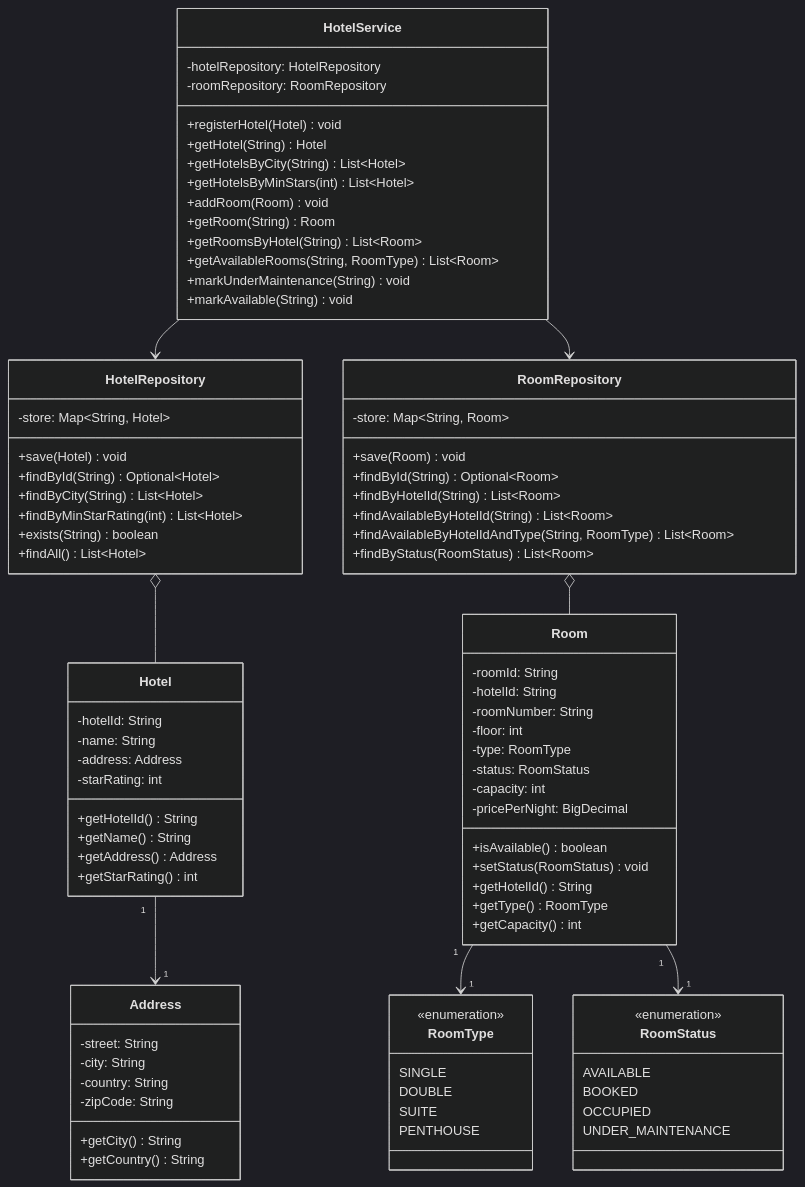
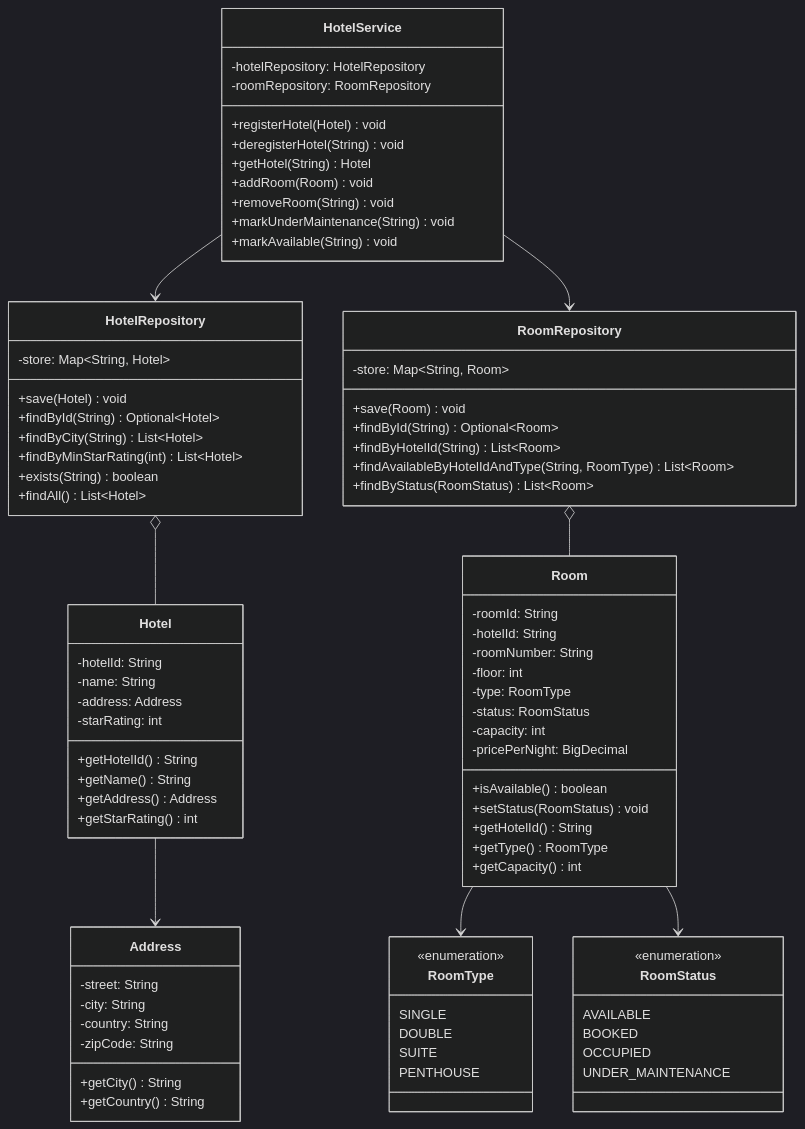
Before and after one commit to Arnavjain1703/LLD: the first of 8 diagrams in HotelManagement/HMS_Class_Diagrams.md, drawn with Mermaid (dark theme). The commit also changed other lines of this file, not shown here.

```diff
--- a/HotelManagement/HMS_Class_Diagrams.md
+++ b/HotelManagement/HMS_Class_Diagrams.md
@@ -73,7 +77,6 @@
         +save(Room) void
         +findById(String) Optional~Room~
         +findByHotelId(String) List~Room~
-        +findAvailableByHotelId(String) List~Room~
         +findAvailableByHotelIdAndType(String, RoomType) List~Room~
         +findByStatus(RoomStatus) List~Room~
     }
@@ -82,20 +85,20 @@
         -hotelRepository: HotelRepository
         -roomRepository: RoomRepository
         +registerHotel(Hotel) void
+        +deregisterHotel(String) void
         +getHotel(String) Hotel
-        +getHotelsByCity(String) List~Hotel~
-        +getHotelsByMinStars(int) List~Hotel~
         +addRoom(Room) void
-        +getRoom(String) Room
-        +getRoomsByHotel(String) List~Room~
-        +getAvailableRooms(String, RoomType) List~Room~
+        +removeRoom(String) void
         +markUnderMaintenance(String) void
         +markAvailable(String) void
     }
 
-    Hotel       "1" --> "1"  Address
-    Room        "1" --> "1"  RoomType
-    Room        "1" --> "1"  RoomStatus
+    %% NOTE: getHotelsByCity and getAvailableRooms are NOT here.
+    %% They are discovery operations — they live in SearchService.
+
+    Hotel       --> Address
+    Room        --> RoomType
+    Room        --> RoomStatus
     HotelService --> HotelRepository
     HotelService --> RoomRepository
     HotelRepository o-- Hotel
```
